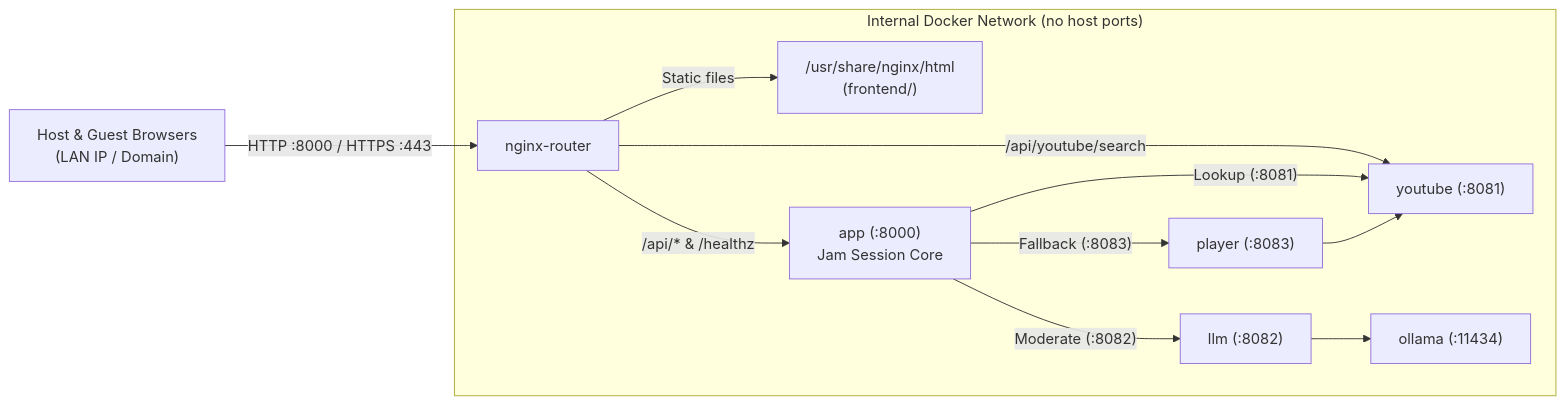
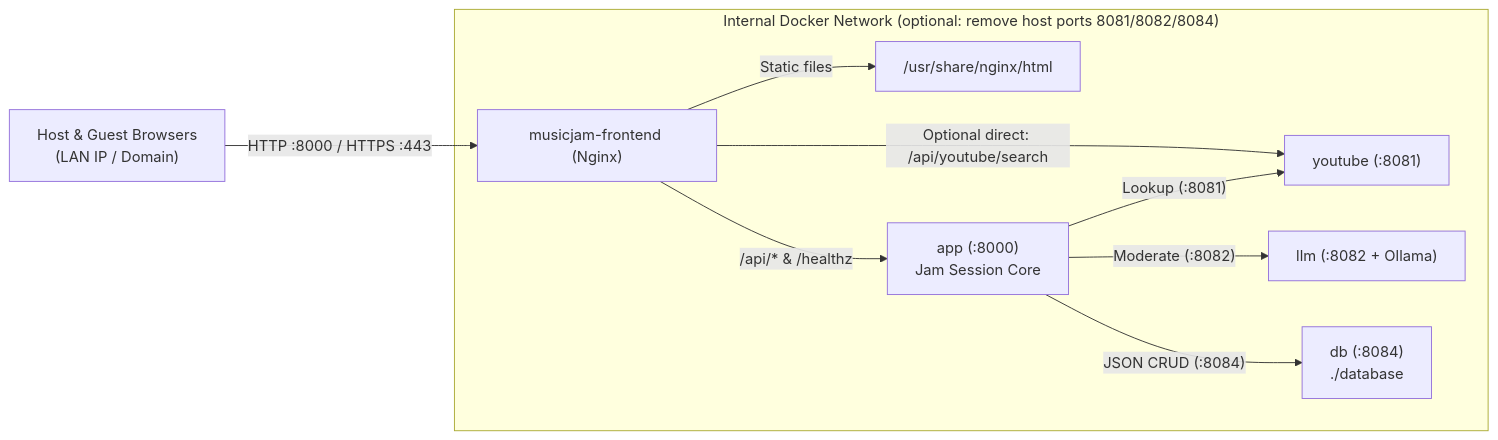
Before and after one commit to fwierer/musicjam: the diagram in documentation/NGINX_ROUTER_PLAN.md, drawn with Mermaid. The commit also changed other lines of this file and 23 other files, not shown here.

````diff
--- a/documentation/NGINX_ROUTER_PLAN.md
+++ b/documentation/NGINX_ROUTER_PLAN.md
@@ -17,15 +11,13 @@
 ```mermaid
 flowchart LR
-    Client["Host & Guest Browsers<br/>(LAN IP / Domain)"] -->|"HTTP :8000 / HTTPS :443"| Nginx["nginx-router"]
+    Client["Host & Guest Browsers<br/>(LAN IP / Domain)"] -->|"HTTP :8000 / HTTPS :443"| Nginx["musicjam-frontend (Nginx)"]
 
-    subgraph DockerInternal["Internal Docker Network (no host ports)"]
-        Nginx -->|"Static files"| Static["/usr/share/nginx/html<br/>(frontend/)"]
-        Nginx -->|"/api/youtube/search"| YT["youtube (:8081)"]
+    subgraph DockerInternal["Internal Docker Network (optional: remove host ports 8081/8082/8084)"]
+        Nginx -->|"Static files"| Static["/usr/share/nginx/html"]
+        Nginx -->|"Optional direct: /api/youtube/search"| YT["youtube (:8081)"]
         Nginx -->|"/api/* & /healthz"| App["app (:8000)<br/>Jam Session Core"]
         App -->|"Lookup (:8081)"| YT
-        App -->|"Moderate (:8082)"| LLM["llm (:8082)"]
-        App -->|"Fallback (:8083)"| Player["player (:8083)"]
-        Player --> YT
-        LLM --> Ollama["ollama (:11434)"]
+        App -->|"Moderate (:8082)"| LLM["llm (:8082 + Ollama)"]
+        App -->|"JSON CRUD (:8084)"| DB["db (:8084)<br/>./database"]
     end
 ```
````
